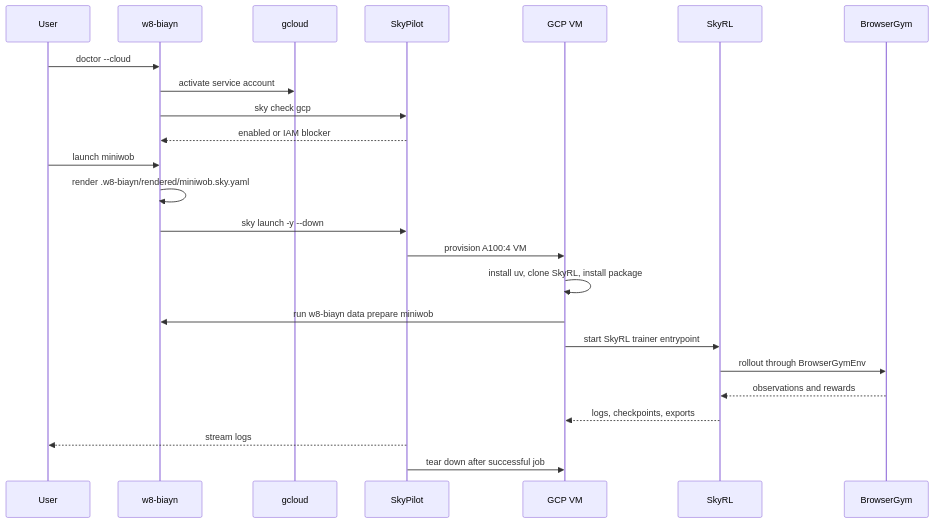
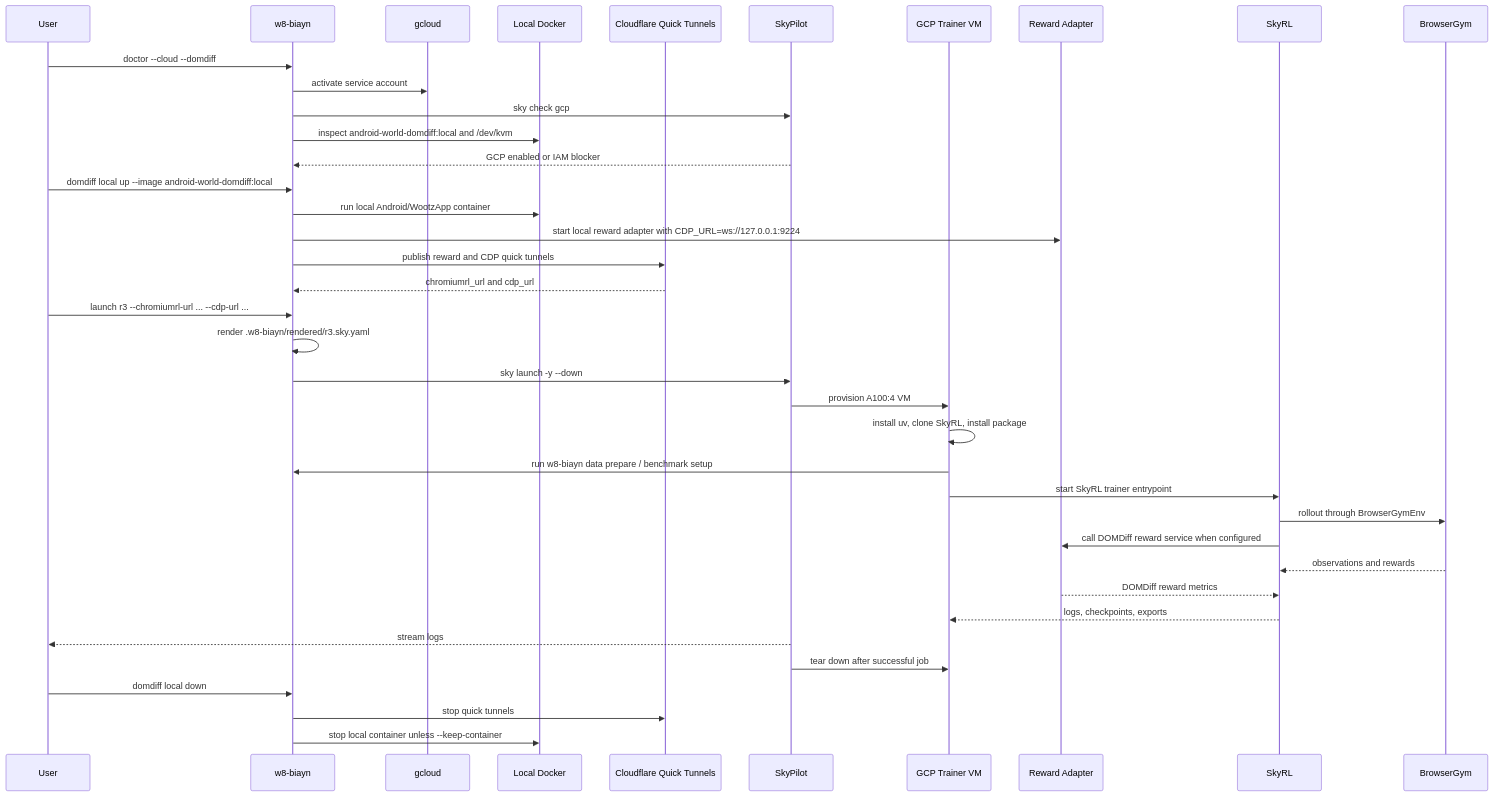
The second of 2 diagrams in README.md (sandys/browser-is-all-you-need), drawn with Mermaid before and after one commit. The commit also changed other lines of this file and 25 other files, not shown here.

Commit message:
Add R3 pipeline CLI and DOMDiff scaffolding

````diff
--- a/README.md
+++ b/README.md
@@ -109,27 +252,41 @@
 ```mermaid
 sequenceDiagram
   participant U as User
   participant CLI as w8-biayn
   participant GC as gcloud
+  participant DO as Local Docker
+  participant CF as Cloudflare Quick Tunnels
   participant SKY as SkyPilot
-  participant VM as GCP VM
+  participant VM as GCP Trainer VM
+  participant RW as Reward Adapter
   participant SRL as SkyRL
   participant BG as BrowserGym
 
-  U->>CLI: doctor --cloud
+  U->>CLI: doctor --cloud --domdiff
   CLI->>GC: activate service account
   CLI->>SKY: sky check gcp
-  SKY-->>CLI: enabled or IAM blocker
-  U->>CLI: launch miniwob
-  CLI->>CLI: render .w8-biayn/rendered/miniwob.sky.yaml
+  CLI->>DO: inspect android-world-domdiff:local and /dev/kvm
+  SKY-->>CLI: GCP enabled or IAM blocker
+  U->>CLI: domdiff local up --image android-world-domdiff:local
+  CLI->>DO: run local Android/WootzApp container
+  CLI->>RW: start local reward adapter with CDP_URL=ws://127.0.0.1:9224
+  CLI->>CF: publish reward and CDP quick tunnels
+  CF-->>CLI: chromiumrl_url and cdp_url
+  U->>CLI: launch r3 --chromiumrl-url ... --cdp-url ...
+  CLI->>CLI: render .w8-biayn/rendered/r3.sky.yaml
   CLI->>SKY: sky launch -y --down
   SKY->>VM: provision A100:4 VM
   VM->>VM: install uv, clone SkyRL, install package
-  VM->>CLI: run w8-biayn data prepare miniwob
+  VM->>CLI: run w8-biayn data prepare / benchmark setup
   VM->>SRL: start SkyRL trainer entrypoint
   SRL->>BG: rollout through BrowserGymEnv
+  SRL->>RW: call DOMDiff reward service when configured
   BG-->>SRL: observations and rewards
+  RW-->>SRL: DOMDiff reward metrics
   SRL-->>VM: logs, checkpoints, exports
   SKY-->>U: stream logs
   SKY->>VM: tear down after successful job
+  U->>CLI: domdiff local down
+  CLI->>CF: stop quick tunnels
+  CLI->>DO: stop local container unless --keep-container
 ```
````
